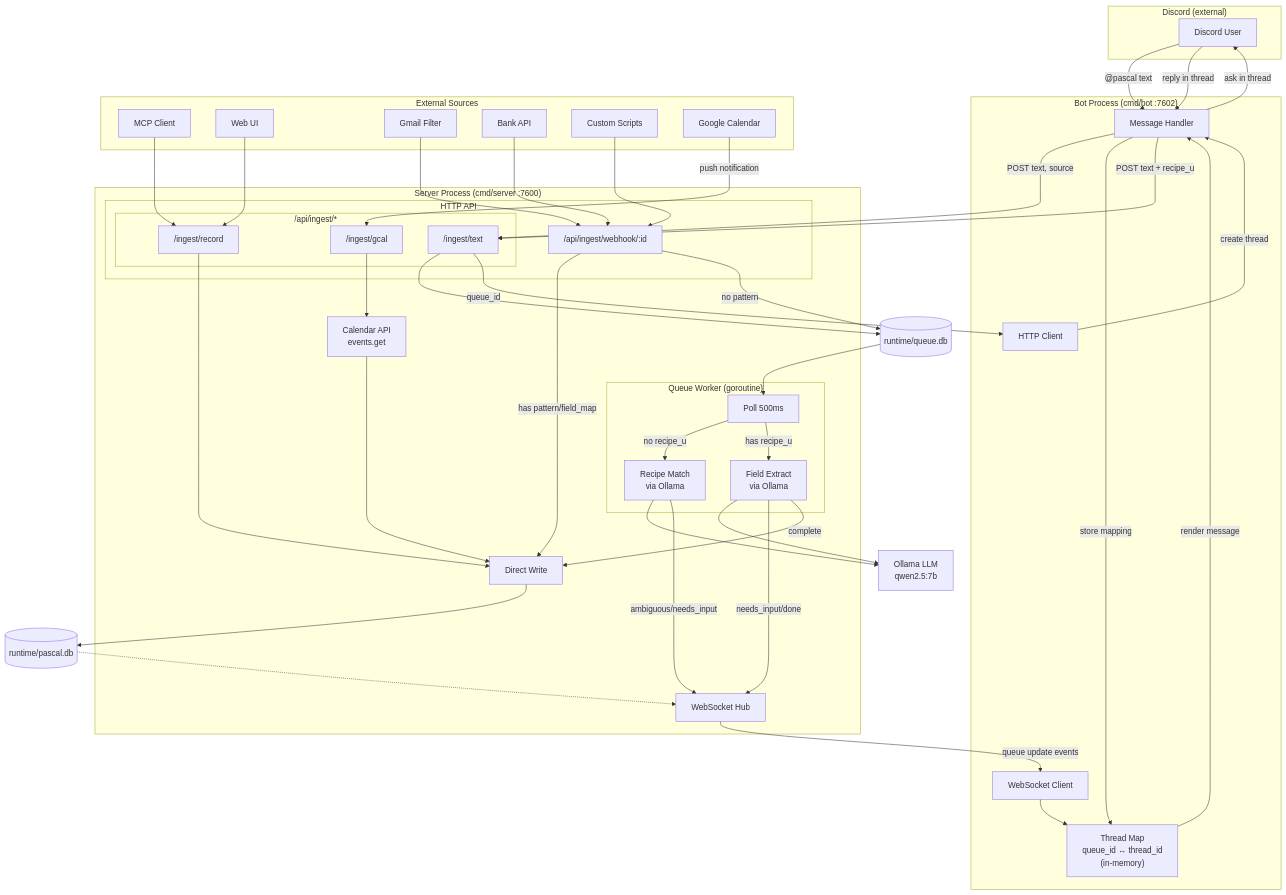
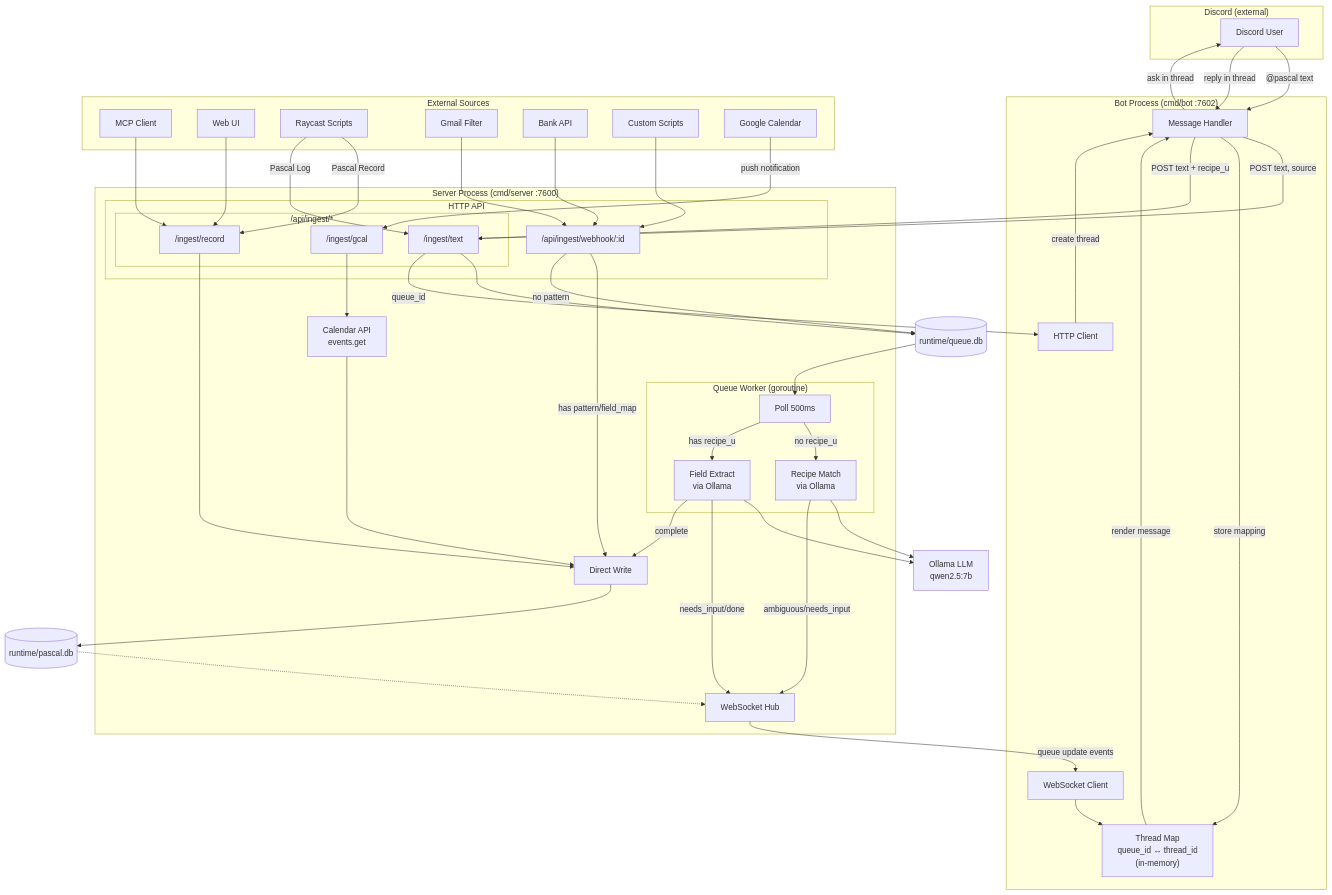
The first of 3 diagrams in ingestion.md (peatiscoding/pascal), drawn with Mermaid before and after one commit. The commit also changed other lines of this file and 11 other files, not shown here.

```diff
--- a/ingestion.md
+++ b/ingestion.md
@@ -41,6 +41,7 @@
     subgraph External["External Sources"]
         MCP[MCP Client]
         WebUI[Web UI]
+        Raycast[Raycast Scripts]
         Gmail[Gmail Filter]
         Bank[Bank API]
         Scripts[Custom Scripts]
@@ -82,6 +83,8 @@
     %% Structured sources (bypass queue)
     MCP --> IngestRecord
     WebUI --> IngestRecord
+    Raycast -->|"Pascal Record"| IngestRecord
+    Raycast -->|"Pascal Log"| IngestText
     IngestRecord --> DirectWrite
 
     %% Webhook sources
```
